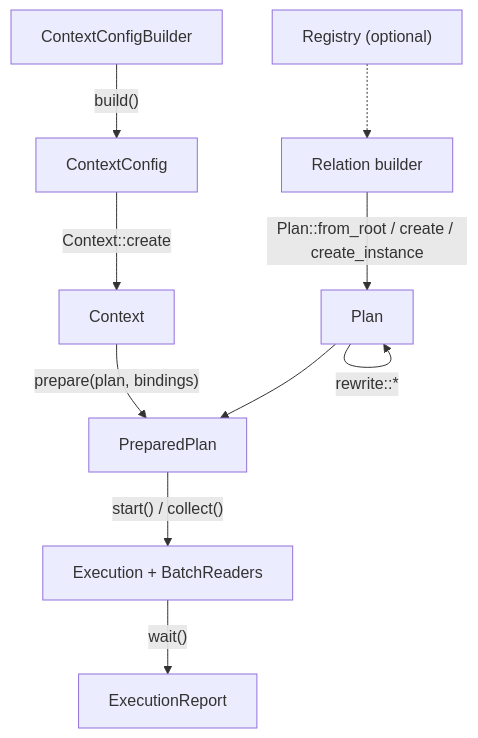
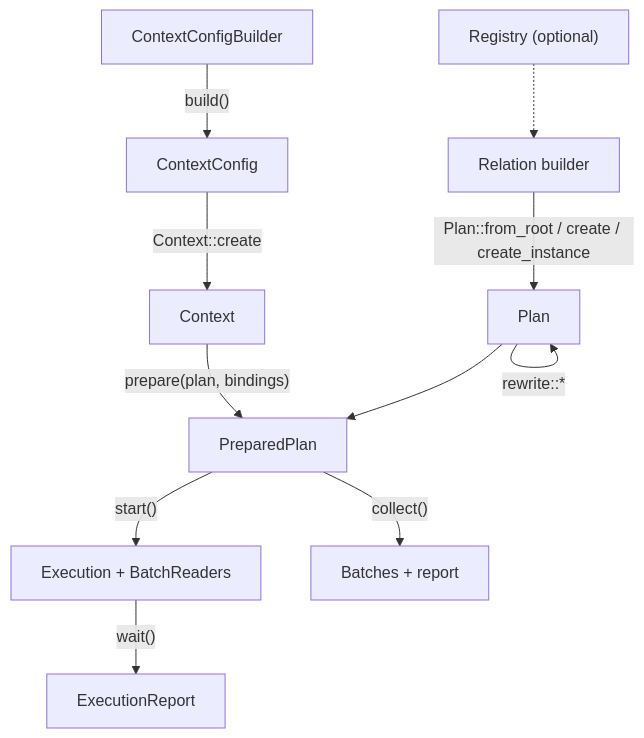
Before and after one commit to mbrobbel/sirius: the diagram in docs/book/src/reference/api-at-a-glance.md, drawn with Mermaid. The commit also changed other lines of this file and 43 other files, not shown here.

````diff
--- a/docs/book/src/reference/api-at-a-glance.md
+++ b/docs/book/src/reference/api-at-a-glance.md
@@ -9,12 +7,13 @@
 ```mermaid
 flowchart TB
   A["ContextConfigBuilder"] -->|"build()"| B["ContextConfig"]
   B -->|"Context::create"| C["Context"]
   R["Registry (optional)"] -.-> E
   E["Relation builder"] -->|"Plan::from_root / create / create_instance"| F["Plan"]
   F -->|"rewrite::*"| F
   C -->|"prepare(plan, bindings)"| G["PreparedPlan"]
   F --> G
-  G -->|"start() / collect()"| H["Execution + BatchReaders"]
+  G -->|"start()"| H["Execution + BatchReaders"]
+  G -->|"collect()"| J["Batches + report"]
   H -->|"wait()"| I["ExecutionReport"]
 ```
````
